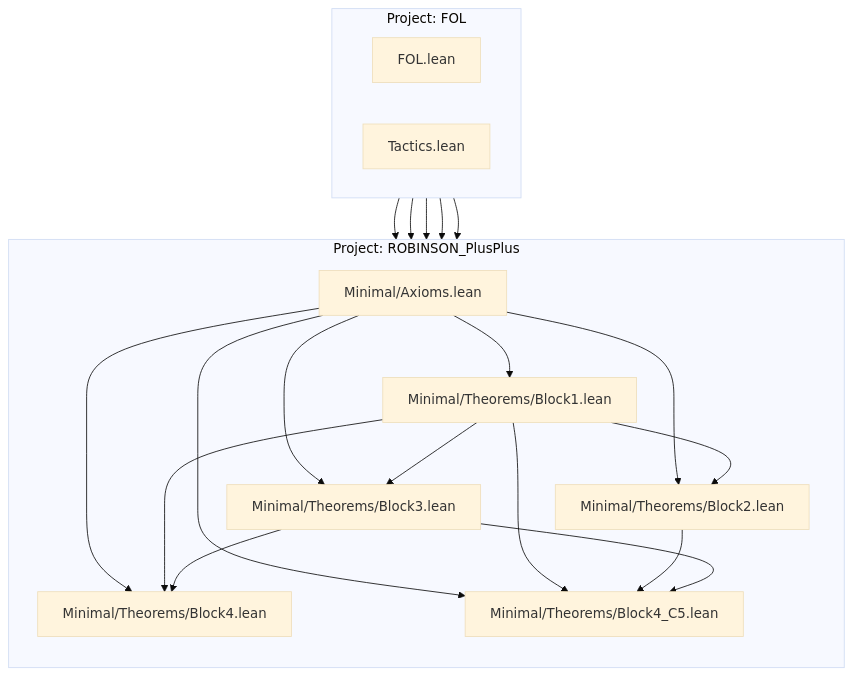
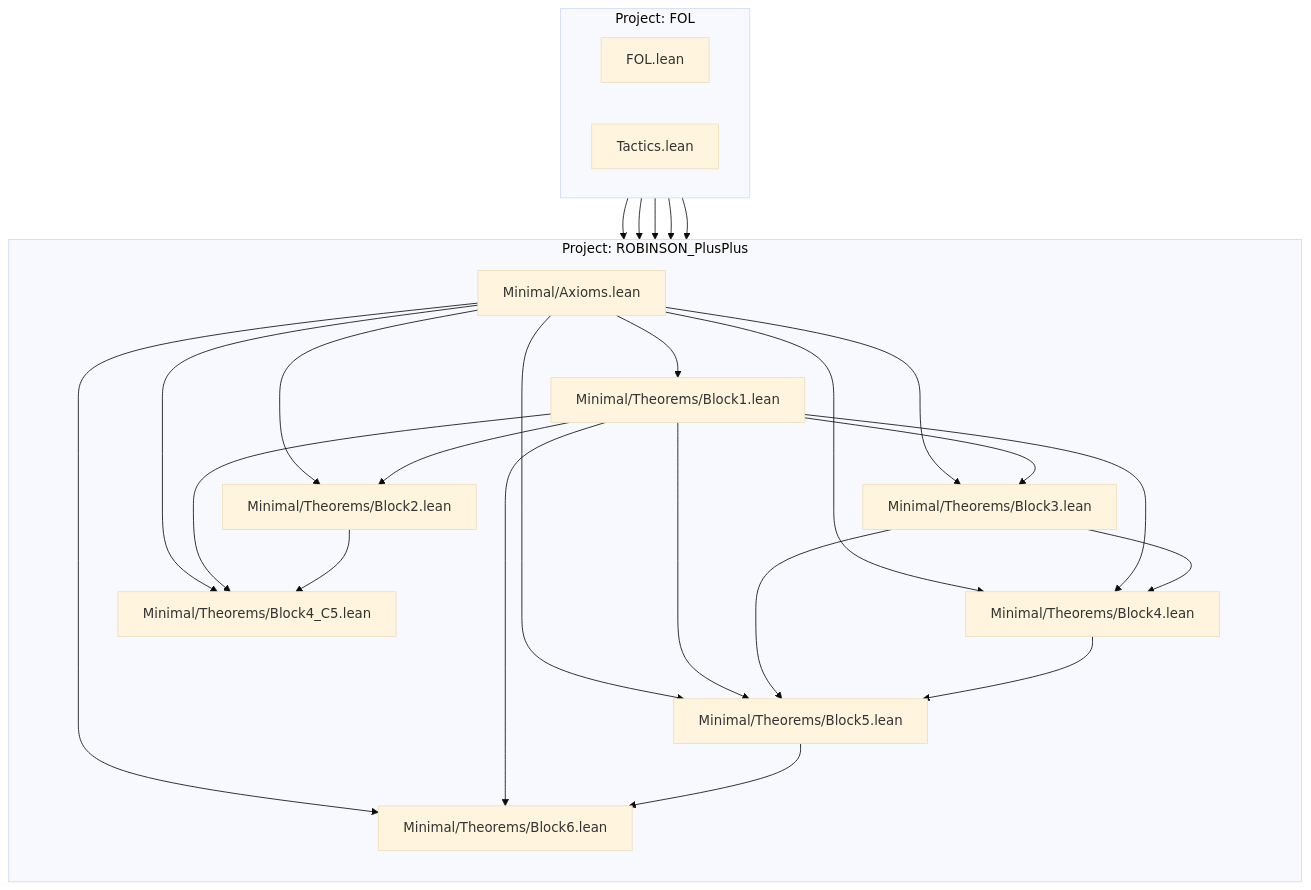
Before and after one commit to julian1c2a/ROBINSON_PlusPlus: the diagram in REFERENCE.md, drawn with Mermaid (base theme). The commit also changed other lines of this file and 12 other files, not shown here.

First line of the commit message:
feat: Add Block5 and Block6 theorems for tuples and lists

````diff
--- a/REFERENCE.md
+++ b/REFERENCE.md
@@ -104,36 +106,44 @@
 ```mermaid
 graph TD
     subgraph "Project: FOL"
         direction LR
         FOL_FOL["FOL.lean"]
         FOL_Tactics["Tactics.lean"]
     end
 
     subgraph "Project: ROBINSON_PlusPlus"
         direction TB
         Axioms["Minimal/Axioms.lean"]
         Block1["Minimal/Theorems/Block1.lean"]
         Block2["Minimal/Theorems/Block2.lean"]
         Block3["Minimal/Theorems/Block3.lean"]
         Block4["Minimal/Theorems/Block4.lean"]
         Block4_C5["Minimal/Theorems/Block4_C5.lean"]
+        Block5["Minimal/Theorems/Block5.lean"]
+        Block6["Minimal/Theorems/Block6.lean"]
     end
 
     FOL_FOL --> Axioms
     Axioms --> Block1
     Axioms --> Block2
     Axioms --> Block3
     Axioms --> Block4
     Axioms --> Block4_C5
+    Axioms --> Block5
+    Axioms --> Block6
     Block1 --> Block2
     Block1 --> Block3
     Block1 --> Block4
     Block1 --> Block4_C5
+    Block1 --> Block5
+    Block1 --> Block6
     Block2 --> Block4_C5
-    Block3 --> Block4_C5
     Block3 --> Block4
+    Block3 --> Block5
+    Block4 --> Block5
+    Block5 --> Block6
     FOL_Tactics --> Block1
     FOL_Tactics --> Block2
     FOL_Tactics --> Block4_C5
     FOL_Tactics --> Block3
 ```
````
